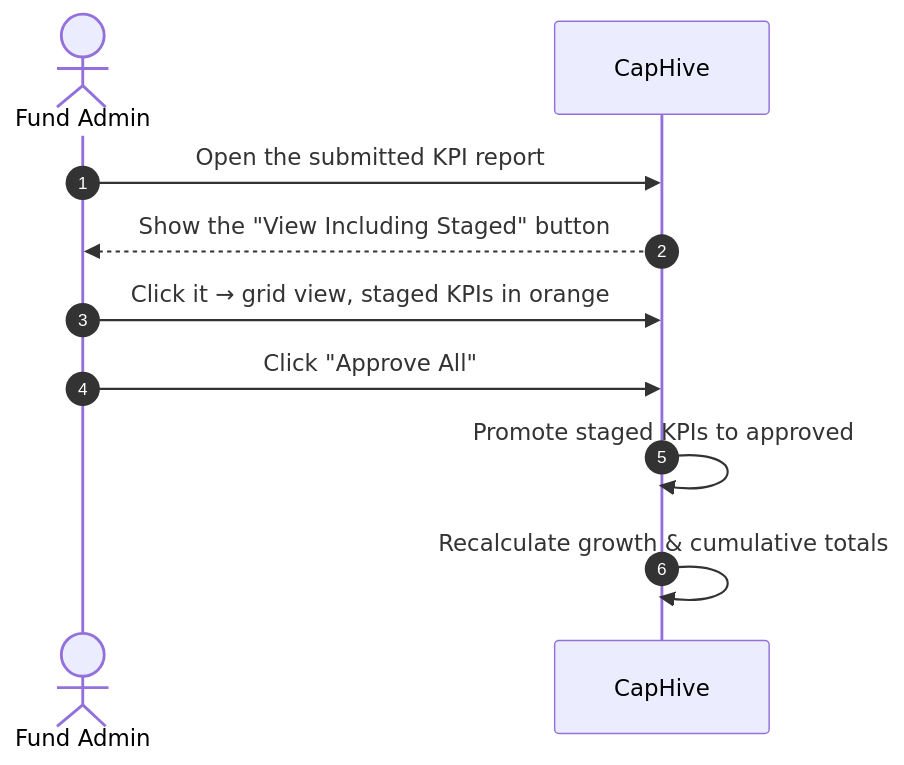
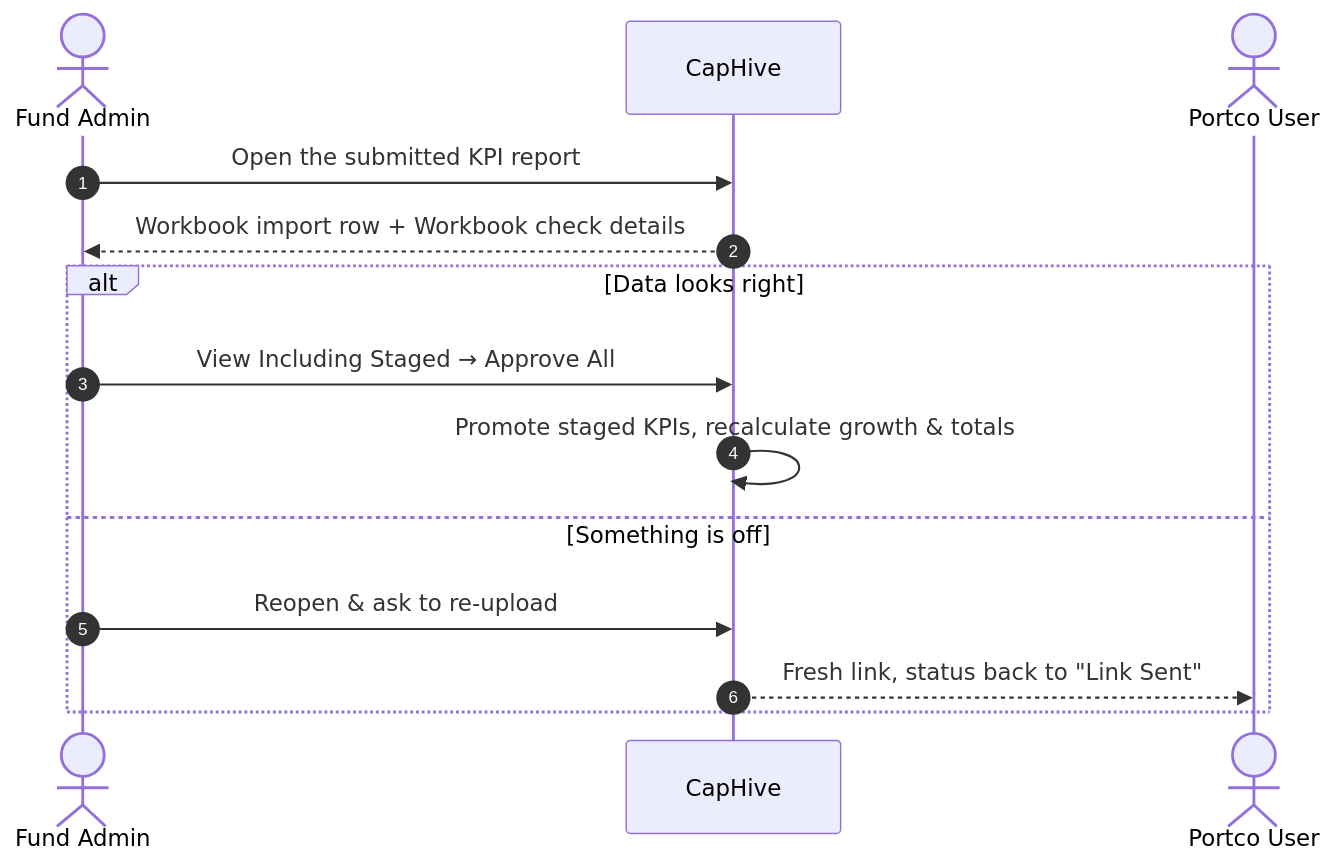
The third of 5 diagrams in docs/user_guides/kpi_upload_user_guide.md (sampadadiwan/IRM_CompanyMain), drawn with Mermaid before and after one commit. The commit also changed other lines of this file and 56 other files, not shown here.

````diff
--- a/docs/user_guides/kpi_upload_user_guide.md
+++ b/docs/user_guides/kpi_upload_user_guide.md
@@ -111,13 +138,17 @@
 ```mermaid
 sequenceDiagram
     autonumber
     actor Admin as Fund Admin
     participant System as CapHive
+    actor Portco as Portco User
 
     Admin->>System: Open the submitted KPI report
-    System-->>Admin: Show the "View Including Staged" button
-    Admin->>System: Click it → grid view, staged KPIs in orange
-    Admin->>System: Click "Approve All"
-    System->>System: Promote staged KPIs to approved
-    System->>System: Recalculate growth & cumulative totals
+    System-->>Admin: Workbook import row + Workbook check details
+    alt Data looks right
+        Admin->>System: View Including Staged → Approve All
+        System->>System: Promote staged KPIs, recalculate growth & totals
+    else Something is off
+        Admin->>System: Reopen & ask to re-upload
+        System-->>Portco: Fresh link, status back to "Link Sent"
+    end
 ```
````
